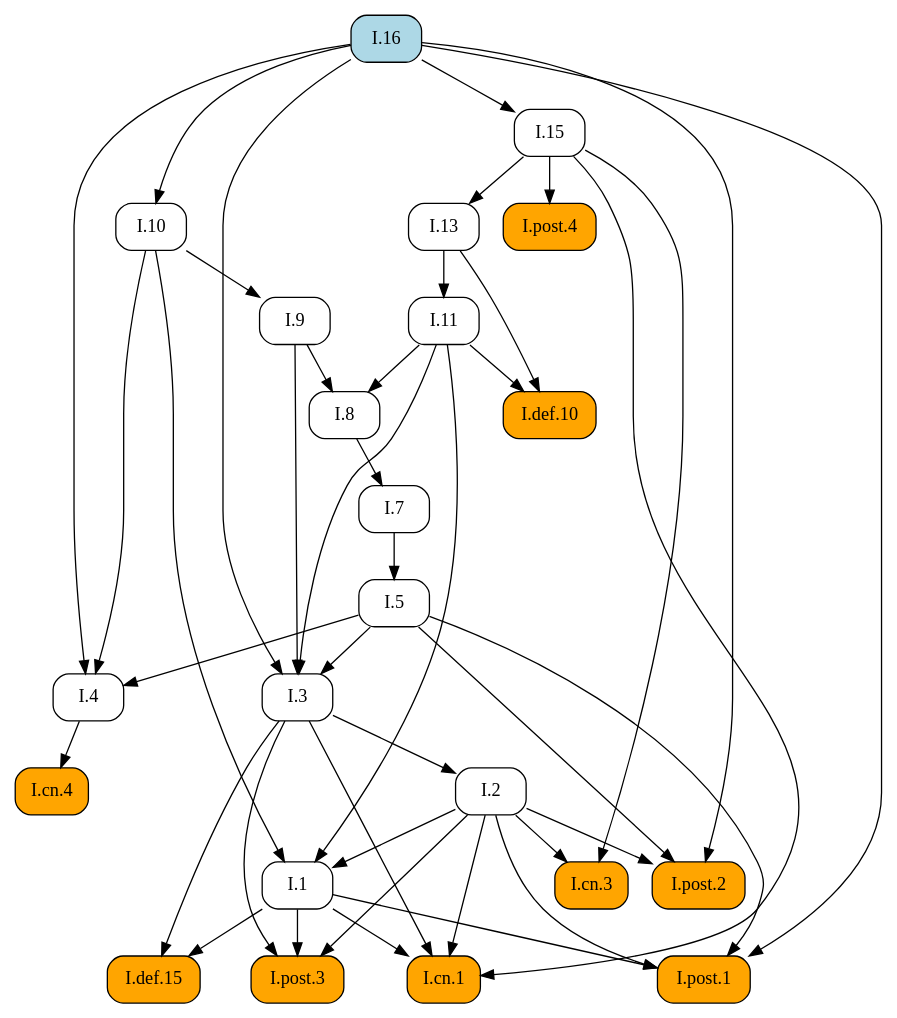
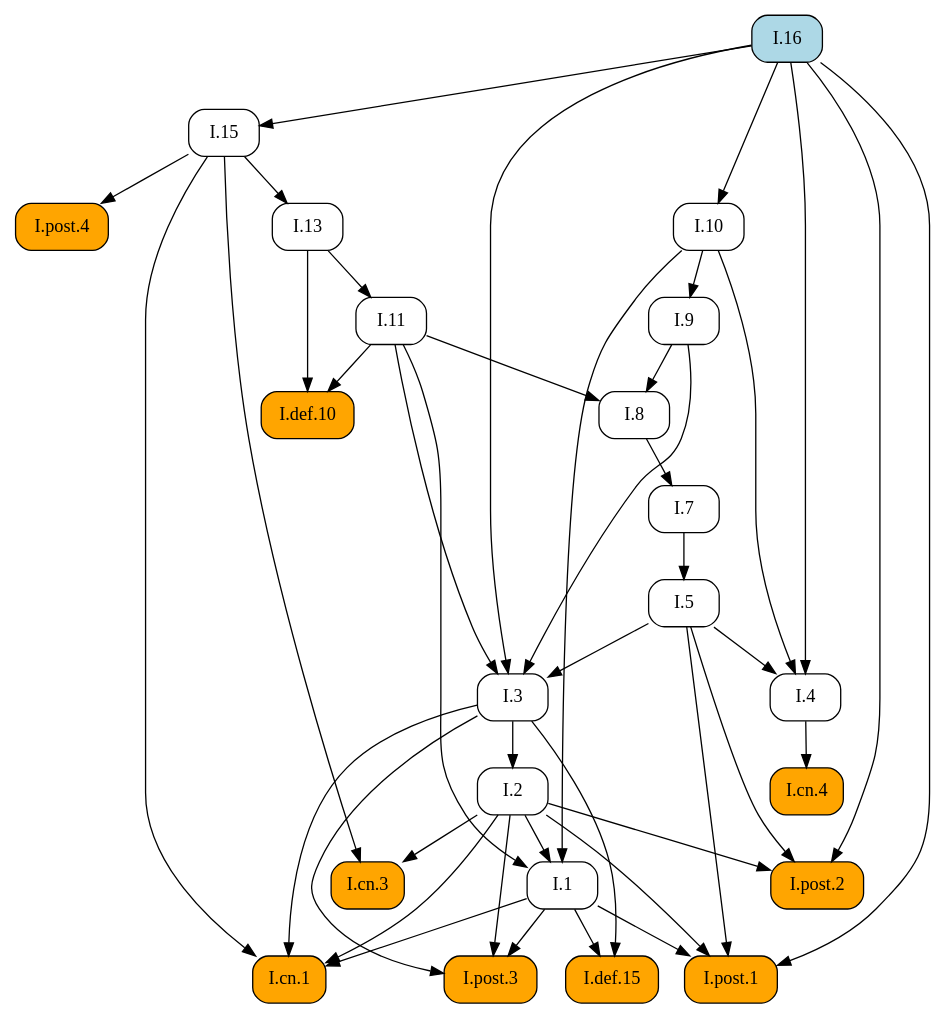
The diagram in docsrc/elements2/I/16/index.rst (geometor/elements), drawn with Graphviz before and after one commit. The commit also changed other lines of this file and 409 other files, not shown here.

First line of the commit message:
feat: Add image cropping and graphic extraction script

```diff
--- a/docsrc/elements2/I/16/index.rst
+++ b/docsrc/elements2/I/16/index.rst
@@ -89,70 +89,70 @@
 .. graphviz::
 
    digraph {
      rankdir="TB";
      node [shape=box, style=rounded];
+     "I.def.15" [style="rounded,filled", fillcolor=orange, URL="/elements2/I/def.15/", target="_top"];
+     "I.def.10" [style="rounded,filled", fillcolor=orange, URL="/elements2/I/def.10/", target="_top"];
+     "I.11" [URL="/elements2/I/11/", target="_top"];
      "I.8" [URL="/elements2/I/8/", target="_top"];
+     "I.15" [URL="/elements2/I/15/", target="_top"];
+     "I.5" [URL="/elements2/I/5/", target="_top"];
+     "I.3" [URL="/elements2/I/3/", target="_top"];
+     "I.10" [URL="/elements2/I/10/", target="_top"];
+     "I.cn.3" [style="rounded,filled", fillcolor=orange, URL="/elements2/I/cn.3/", target="_top"];
+     "I.cn.1" [style="rounded,filled", fillcolor=orange, URL="/elements2/I/cn.1/", target="_top"];
+     "I.13" [URL="/elements2/I/13/", target="_top"];
+     "I.post.3" [style="rounded,filled", fillcolor=orange, URL="/elements2/I/post.3/", target="_top"];
+     "I.4" [URL="/elements2/I/4/", target="_top"];
+     "I.7" [URL="/elements2/I/7/", target="_top"];
+     "I.9" [URL="/elements2/I/9/", target="_top"];
+     "I.16" [style="rounded,filled", fillcolor=lightblue, URL="/elements2/I/16/", target="_top"];
+     "I.post.1" [style="rounded,filled", fillcolor=orange, URL="/elements2/I/post.1/", target="_top"];
+     "I.2" [URL="/elements2/I/2/", target="_top"];
      "I.1" [URL="/elements2/I/1/", target="_top"];
-     "I.cn.3" [style="rounded,filled", fillcolor=orange, URL="/elements2/I/cn.3/", target="_top"];
+     "I.post.4" [style="rounded,filled", fillcolor=orange, URL="/elements2/I/post.4/", target="_top"];
      "I.cn.4" [style="rounded,filled", fillcolor=orange, URL="/elements2/I/cn.4/", target="_top"];
-     "I.7" [URL="/elements2/I/7/", target="_top"];
-     "I.post.1" [style="rounded,filled", fillcolor=orange, URL="/elements2/I/post.1/", target="_top"];
-     "I.9" [URL="/elements2/I/9/", target="_top"];
-     "I.5" [URL="/elements2/I/5/", target="_top"];
-     "I.cn.1" [style="rounded,filled", fillcolor=orange, URL="/elements2/I/cn.1/", target="_top"];
-     "I.post.4" [style="rounded,filled", fillcolor=orange, URL="/elements2/I/post.4/", target="_top"];
-     "I.def.10" [style="rounded,filled", fillcolor=orange, URL="/elements2/I/def.10/", target="_top"];
-     "I.13" [URL="/elements2/I/13/", target="_top"];
-     "I.16" [style="rounded,filled", fillcolor=lightblue, URL="/elements2/I/16/", target="_top"];
-     "I.2" [URL="/elements2/I/2/", target="_top"];
-     "I.def.15" [style="rounded,filled", fillcolor=orange, URL="/elements2/I/def.15/", target="_top"];
-     "I.4" [URL="/elements2/I/4/", target="_top"];
-     "I.11" [URL="/elements2/I/11/", target="_top"];
-     "I.10" [URL="/elements2/I/10/", target="_top"];
-     "I.15" [URL="/elements2/I/15/", target="_top"];
-     "I.3" [URL="/elements2/I/3/", target="_top"];
      "I.post.2" [style="rounded,filled", fillcolor=orange, URL="/elements2/I/post.2/", target="_top"];
-     "I.post.3" [style="rounded,filled", fillcolor=orange, URL="/elements2/I/post.3/", target="_top"];
+     "I.1" -> "I.def.15";
+     "I.3" -> "I.def.15";
+     "I.11" -> "I.def.10";
+     "I.13" -> "I.def.10";
+     "I.13" -> "I.11";
      "I.9" -> "I.8";
      "I.11" -> "I.8";
-     "I.2" -> "I.1";
-     "I.10" -> "I.1";
-     "I.11" -> "I.1";
+     "I.16" -> "I.15";
+     "I.7" -> "I.5";
+     "I.5" -> "I.3";
+     "I.9" -> "I.3";
+     "I.11" -> "I.3";
+     "I.16" -> "I.3";
+     "I.16" -> "I.10";
      "I.2" -> "I.cn.3";
      "I.15" -> "I.cn.3";
-     "I.4" -> "I.cn.4";
+     "I.1" -> "I.cn.1";
+     "I.2" -> "I.cn.1";
+     "I.3" -> "I.cn.1";
+     "I.15" -> "I.cn.1";
+     "I.15" -> "I.13";
+     "I.1" -> "I.post.3";
+     "I.2" -> "I.post.3";
+     "I.3" -> "I.post.3";
+     "I.5" -> "I.4";
+     "I.10" -> "I.4";
+     "I.16" -> "I.4";
      "I.8" -> "I.7";
+     "I.10" -> "I.9";
      "I.1" -> "I.post.1";
      "I.2" -> "I.post.1";
      "I.5" -> "I.post.1";
      "I.16" -> "I.post.1";
-     "I.10" -> "I.9";
-     "I.7" -> "I.5";
-     "I.1" -> "I.cn.1";
-     "I.2" -> "I.cn.1";
-     "I.3" -> "I.cn.1";
-     "I.15" -> "I.cn.1";
+     "I.3" -> "I.2";
+     "I.2" -> "I.1";
+     "I.10" -> "I.1";
+     "I.11" -> "I.1";
      "I.15" -> "I.post.4";
-     "I.11" -> "I.def.10";
-     "I.13" -> "I.def.10";
-     "I.15" -> "I.13";
-     "I.3" -> "I.2";
-     "I.1" -> "I.def.15";
-     "I.3" -> "I.def.15";
-     "I.5" -> "I.4";
-     "I.10" -> "I.4";
-     "I.16" -> "I.4";
-     "I.13" -> "I.11";
-     "I.16" -> "I.10";
-     "I.16" -> "I.15";
-     "I.5" -> "I.3";
-     "I.9" -> "I.3";
-     "I.11" -> "I.3";
-     "I.16" -> "I.3";
+     "I.4" -> "I.cn.4";
      "I.2" -> "I.post.2";
      "I.5" -> "I.post.2";
      "I.16" -> "I.post.2";
-     "I.1" -> "I.post.3";
-     "I.2" -> "I.post.3";
-     "I.3" -> "I.post.3";
    }
```
